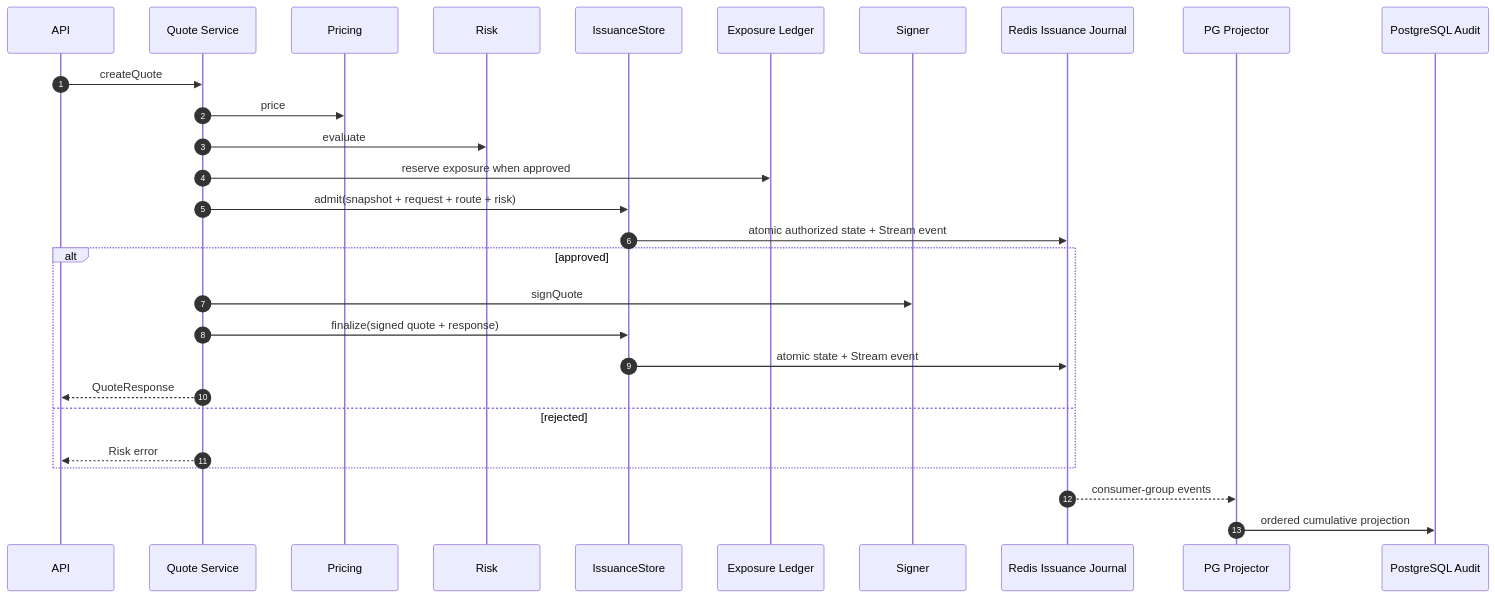
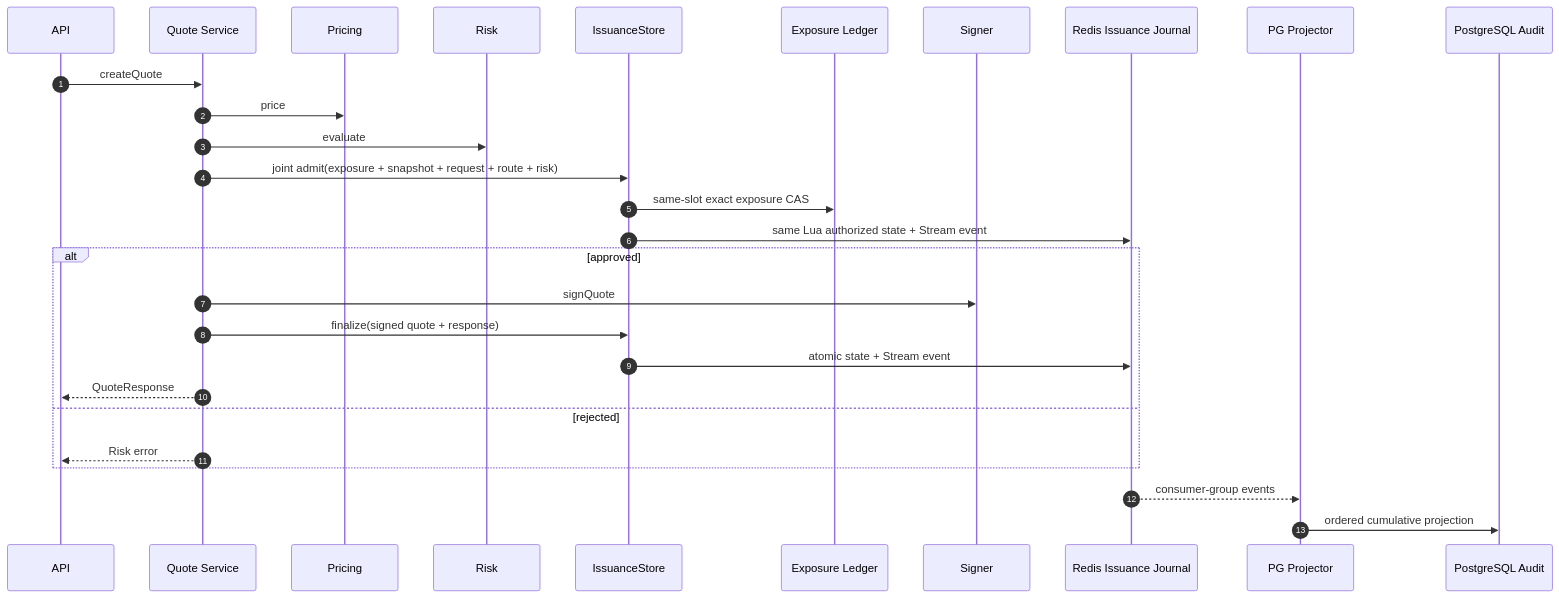
One commit to alvis-ai/production-grade-web3-rfq-market-maker changed the second of 3 diagrams in book/Volume5-BackendEngineering/Chapter02-Quote-Service.md. Above: the diagram before and after it, drawn with Mermaid. The commit also changed other lines of this file and 56 other files, not shown here.

````diff
--- a/book/Volume5-BackendEngineering/Chapter02-Quote-Service.md
+++ b/book/Volume5-BackendEngineering/Chapter02-Quote-Service.md
@@ -78,31 +78,31 @@
 ```mermaid
 sequenceDiagram
   autonumber
   participant API
   participant Q as Quote Service
   participant P as Pricing
   participant R as Risk
   participant I as IssuanceStore
   participant E as Exposure Ledger
   participant S as Signer
   participant J as Redis Issuance Journal
   participant M as PG Projector
   participant DB as PostgreSQL Audit
 
   API->>Q: createQuote
   Q->>P: price
   Q->>R: evaluate
-  Q->>E: reserve exposure when approved
-  Q->>I: admit(snapshot + request + route + risk)
-  I->>J: atomic authorized state + Stream event
+  Q->>I: joint admit(exposure + snapshot + request + route + risk)
+  I->>E: same-slot exact exposure CAS
+  I->>J: same Lua authorized state + Stream event
   alt approved
     Q->>S: signQuote
     Q->>I: finalize(signed quote + response)
     I->>J: atomic state + Stream event
     Q-->>API: QuoteResponse
   else rejected
     Q-->>API: Risk error
   end
   J-->>M: consumer-group events
   M->>DB: ordered cumulative projection
 ```
````
